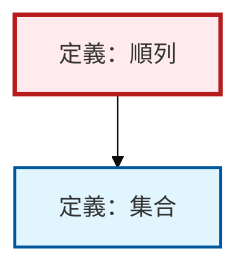
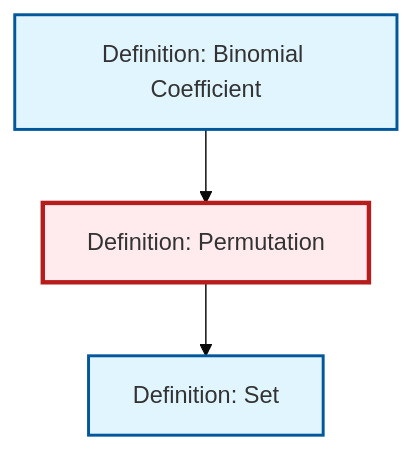
The diagram in content/ja/combinatorics/def-permutation.qmd (RK0429/ModernMath), drawn with Mermaid (base theme) before and after one commit. The commit also changed 203 other files, not shown here.

````diff
--- a/content/ja/combinatorics/def-permutation.qmd
+++ b/content/ja/combinatorics/def-permutation.qmd
@@ -51,15 +51,15 @@
 ```{mermaid}
-%%| fig-cap: "ローカル依存グラフ"
+%%| fig-cap: "Local dependency graph"
 graph TD
     classDef definition fill:#e1f5fe,stroke:#01579b,stroke-width:2px
     classDef theorem fill:#f3e5f5,stroke:#4a148c,stroke-width:2px
     classDef axiom fill:#fff3e0,stroke:#e65100,stroke-width:2px
     classDef example fill:#e8f5e9,stroke:#1b5e20,stroke-width:2px
     classDef current fill:#ffebee,stroke:#b71c1c,stroke-width:3px
-    def-set["定義：集合"]:::definition
-    def-permutation["定義：順列"]:::definition
+    def-set["Definition: Set"]:::definition
+    def-permutation["Definition: Permutation"]:::definition
+    def-binomial-coefficient["Definition: Binomial Coefficient"]:::definition
     def-permutation --> def-set
+    def-binomial-coefficient --> def-permutation
     class def-permutation current
-
-    click def-set "def-set.html" "Go to 定義：集合"
 ```
````
